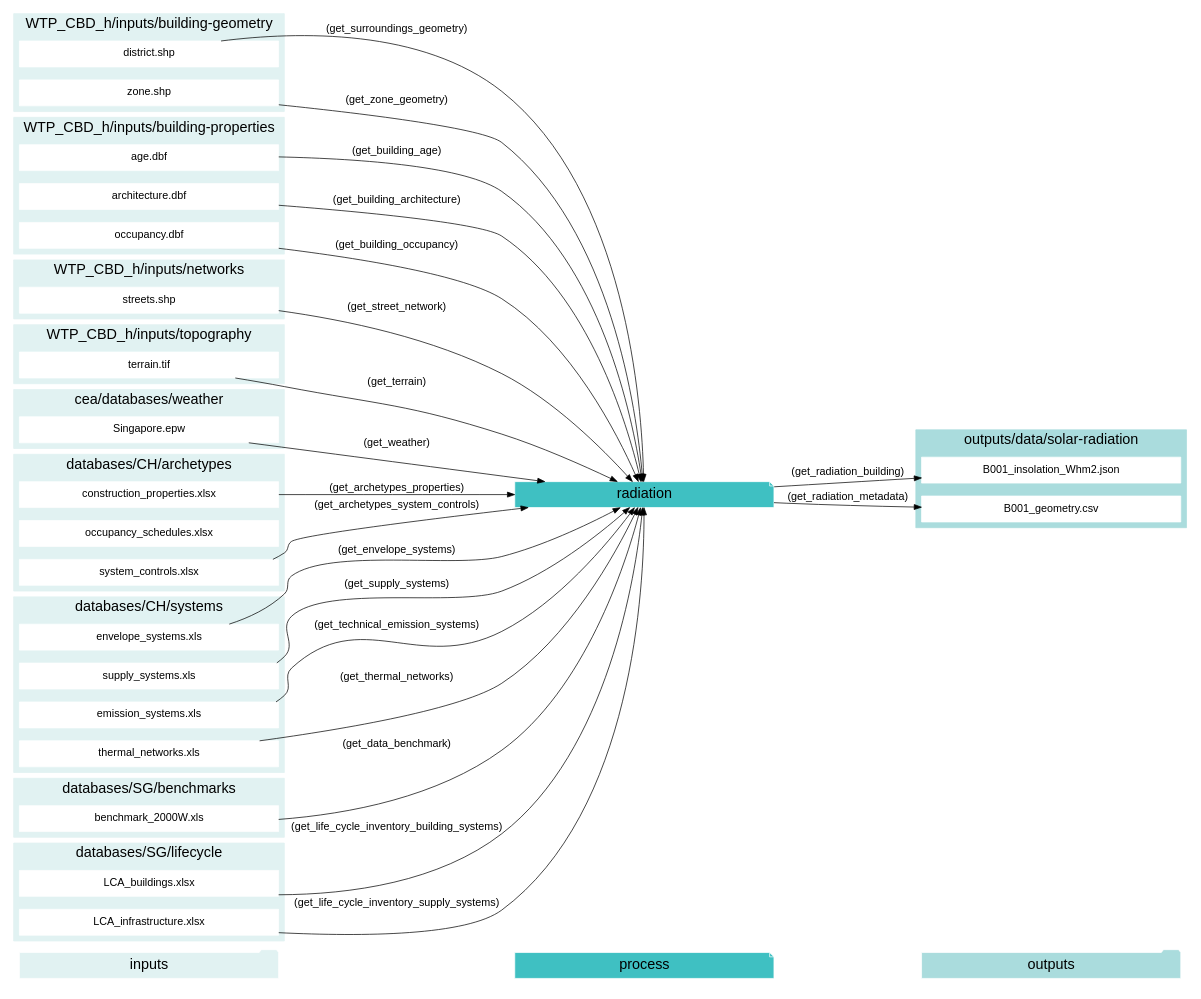
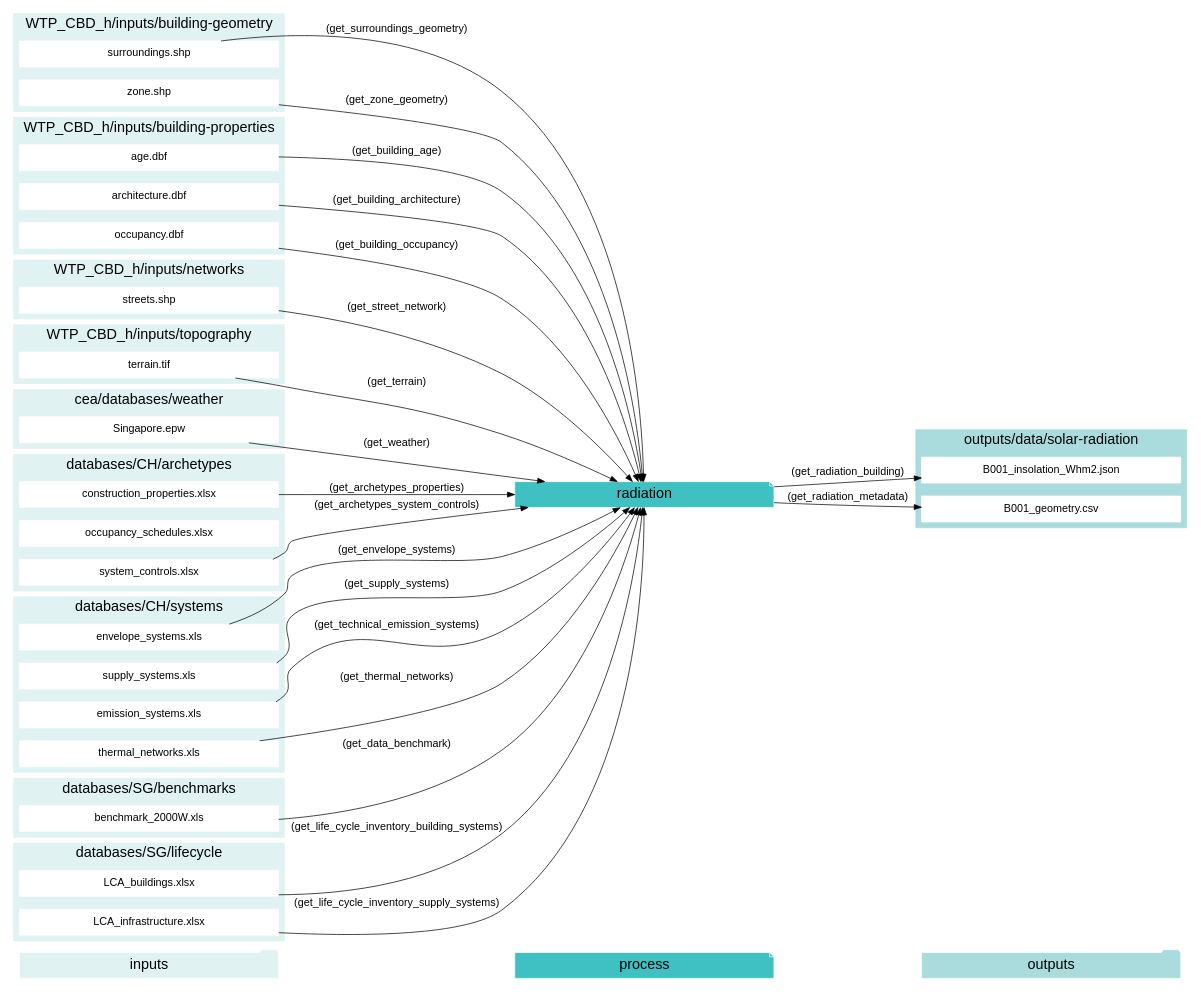
One commit to architecture-building-systems/CityEnergyAnalyst changed diagram 11 of 12 in docs/script-data-flow.rst. Above: the diagram before and after it, drawn with Graphviz. The commit also changed other lines of this file and 41 other files, not shown here.

Commit message:
renaming district to surroundings

```diff
--- a/docs/script-data-flow.rst
+++ b/docs/script-data-flow.rst
@@ -1486,7 +1486,7 @@
         fontsize = 20;
         rank=same;
         label="WTP_CBD_h/inputs/building-geometry";
-        "district.shp"
+        "surroundings.shp"
         "zone.shp"
     }
     subgraph cluster_1_in {
@@ -1576,7 +1576,7 @@
     "architecture.dbf" -> "radiation"[label="(get_building_architecture)"]
     "occupancy.dbf" -> "radiation"[label="(get_building_occupancy)"]
     "benchmark_2000W.xls" -> "radiation"[label="(get_data_benchmark)"]
-    "district.shp" -> "radiation"[label="(get_surroundings_geometry)"]
+    "surroundings.shp" -> "radiation"[label="(get_surroundings_geometry)"]
     "envelope_systems.xls" -> "radiation"[label="(get_envelope_systems)"]
     "LCA_buildings.xlsx" -> "radiation"[label="(get_life_cycle_inventory_building_systems)"]
     "LCA_infrastructure.xlsx" -> "radiation"[label="(get_life_cycle_inventory_supply_systems)"]
```
